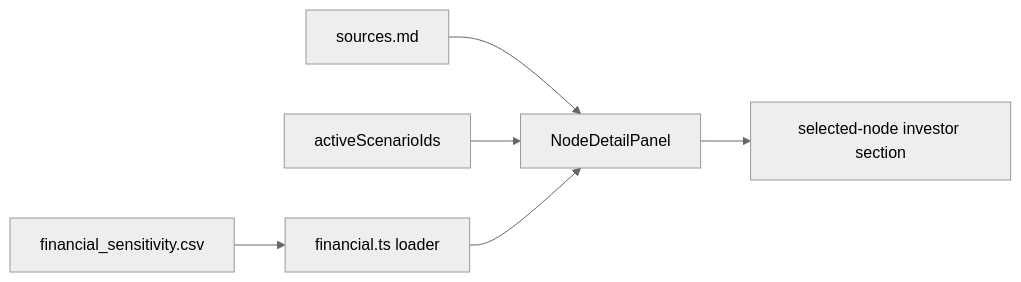
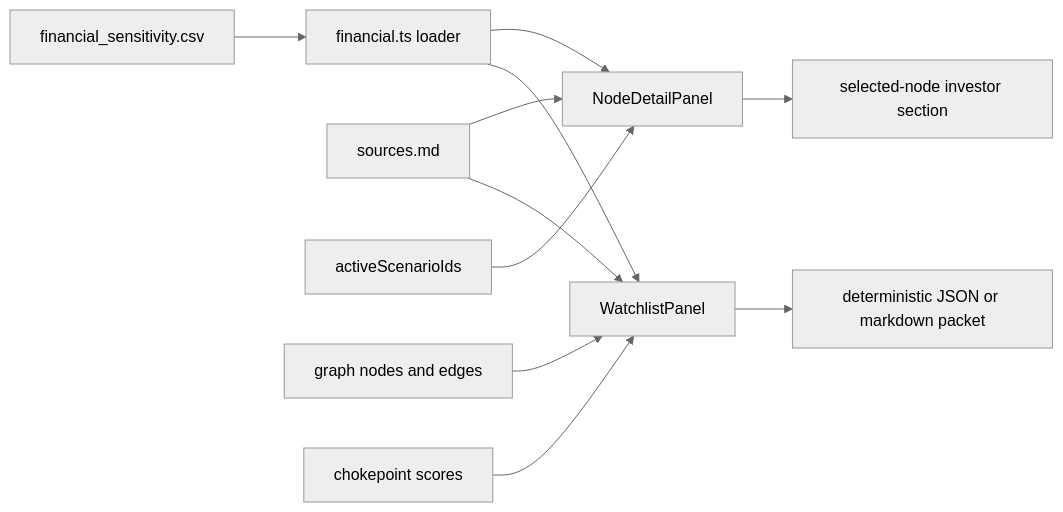
One commit to AthenaTheOwl/chip-supply-chain-map changed the diagram in specs/0002-earnings-sensitivity-overlay/design.md. Above: the diagram before and after it, drawn with Mermaid (neutral theme). The commit also changed other lines of this file and 18 other files, not shown here.

Commit message:
feature: add investor watchlist risk packet export

````diff
--- a/specs/0002-earnings-sensitivity-overlay/design.md
+++ b/specs/0002-earnings-sensitivity-overlay/design.md
@@ -5,8 +5,13 @@
 ```mermaid
 flowchart LR
   CSV["financial_sensitivity.csv"] --> LOAD["financial.ts loader"]
   SRC["sources.md"] --> PANEL["NodeDetailPanel"]
   SCEN["activeScenarioIds"] --> PANEL
   LOAD --> PANEL
   PANEL --> USER["selected-node investor section"]
+  GRAPH["graph nodes and edges"] --> WATCH["WatchlistPanel"]
+  SCORES["chokepoint scores"] --> WATCH
+  LOAD --> WATCH
+  SRC --> WATCH
+  WATCH --> PACKET["deterministic JSON or markdown packet"]
 ```
````
